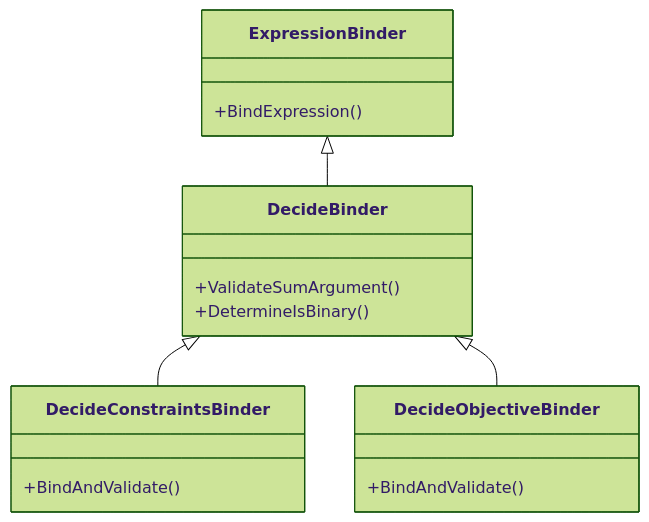
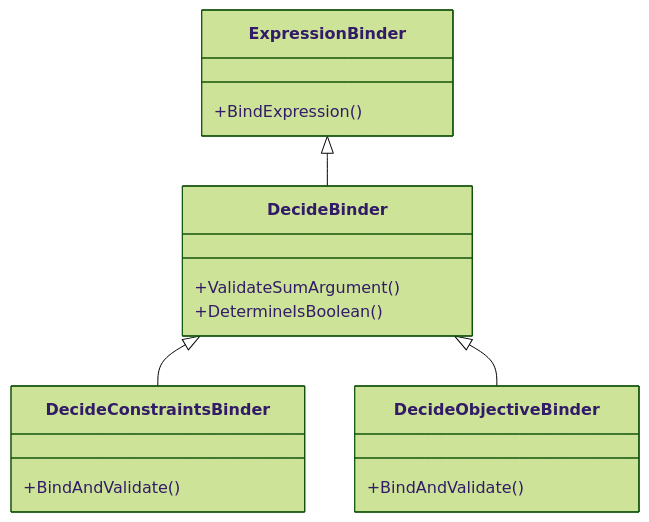
The first of 2 diagrams in context/descriptions/01_pipeline/code_structure.md (huda-lab/packdb), drawn with Mermaid (forest theme) before and after one commit. The commit also changed other lines of this file and 360 other files, not shown here.

````diff
--- a/context/descriptions/01_pipeline/code_structure.md
+++ b/context/descriptions/01_pipeline/code_structure.md
@@ -41,20 +44,20 @@
 ```mermaid
 classDiagram
     class ExpressionBinder {
         +BindExpression()
     }
     class DecideBinder {
         +ValidateSumArgument()
-        +DetermineIsBinary()
+        +DetermineIsBoolean()
     }
     class DecideConstraintsBinder {
         +BindAndValidate()
     }
     class DecideObjectiveBinder {
         +BindAndValidate()
     }
-    
+
     ExpressionBinder <|-- DecideBinder
     DecideBinder <|-- DecideConstraintsBinder
     DecideBinder <|-- DecideObjectiveBinder
 ```
````
